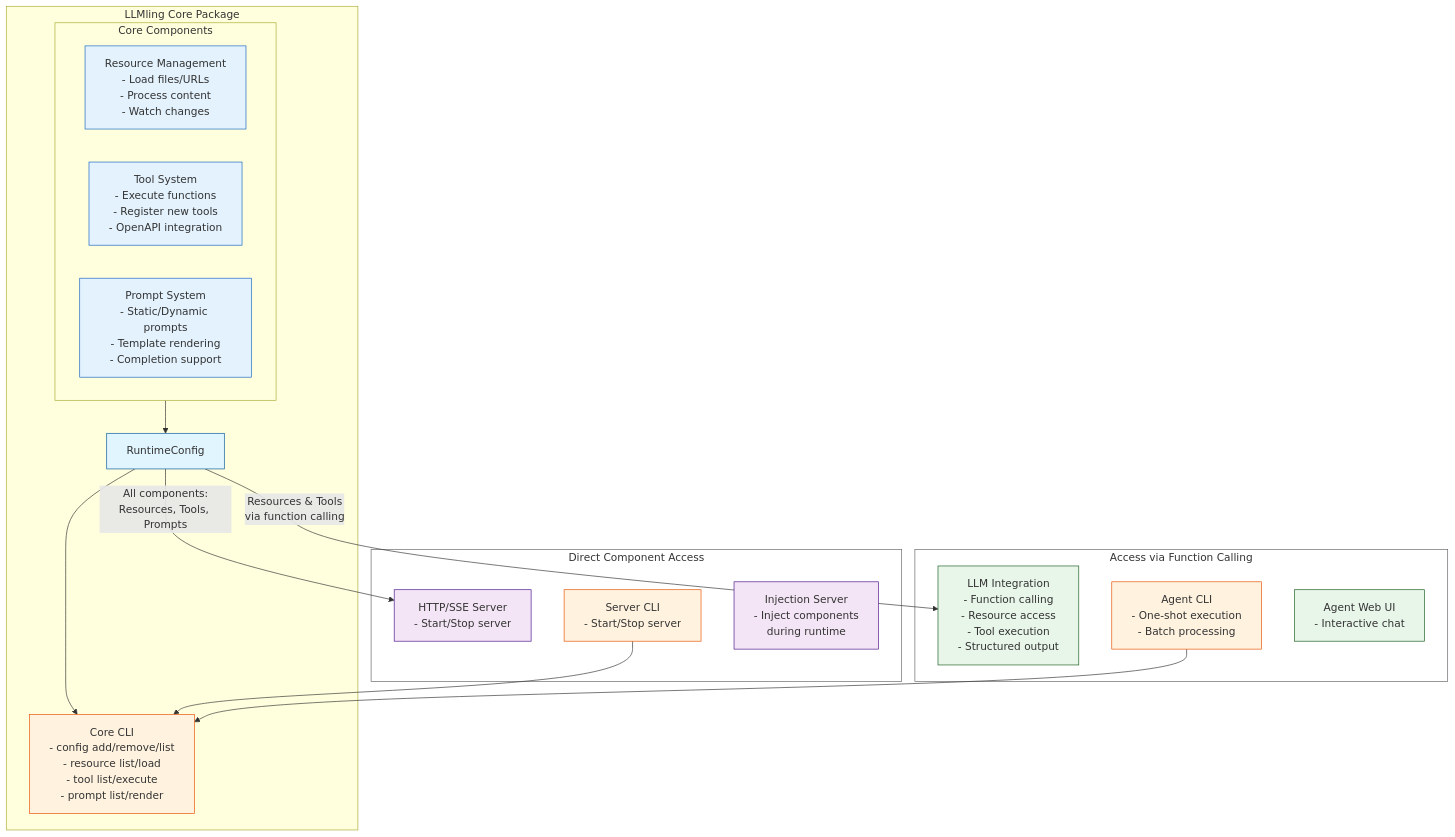
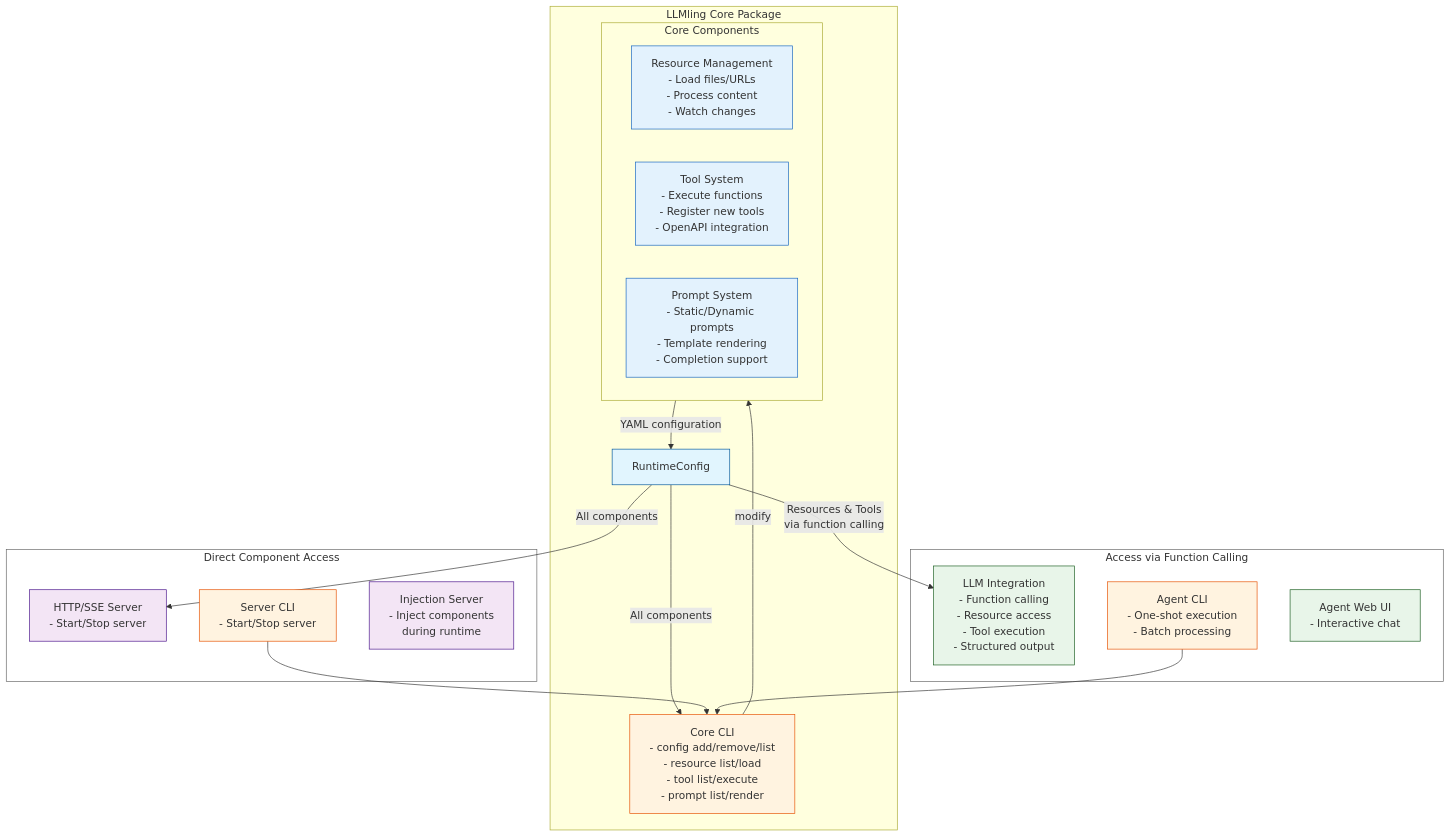
One commit to phil65/LLMling changed the diagram in README.md. Above: the diagram before and after it, drawn with Mermaid.

````diff
--- a/README.md
+++ b/README.md
@@ -53,48 +53,49 @@
 ```mermaid
 graph TB
     subgraph LLMling[LLMling Core Package]
         RT[RuntimeConfig]
 
         subgraph Core_Components[Core Components]
             Resources[Resource Management<br/>- Load files/URLs<br/>- Process content<br/>- Watch changes]
             Tools[Tool System<br/>- Execute functions<br/>- Register new tools<br/>- OpenAPI integration]
             Prompts[Prompt System<br/>- Static/Dynamic prompts<br/>- Template rendering<br/>- Completion support]
         end
 
         CLI[Core CLI<br/>- config add/remove/list<br/>- resource list/load<br/>- tool list/execute<br/>- prompt list/render]
 
-        Core_Components --> RT
-        RT --> CLI
+        Core_Components -->|YAML configuration| RT
+        RT -->|All components| CLI
+        CLI -->|modify| Core_Components
     end
 
     subgraph Direct_Access[Direct Component Access]
         MCP[HTTP/SSE Server<br/>- Start/Stop server]
         MCP_CLI[Server CLI<br/>- Start/Stop server]
         Injection[Injection Server<br/>- Inject components<br/>during runtime]
     end
 
     subgraph Function_Access[Access via Function Calling]
         LLM[LLM Integration<br/>- Function calling<br/>- Resource access<br/>- Tool execution<br/>- Structured output]
         Agent_CLI[Agent CLI<br/>- One-shot execution<br/>- Batch processing]
         Agent_Web[Agent Web UI<br/>- Interactive chat]
     end
 
-    RT -->|All components:<br/>Resources, Tools, Prompts| MCP
+    RT -->|All components| MCP
     RT -->|Resources & Tools<br/>via function calling| LLM
     MCP_CLI --> CLI
     Agent_CLI --> CLI
 
     classDef core fill:#e1f5fe,stroke:#01579b
     classDef comp fill:#e3f2fd,stroke:#1565c0
     classDef cli fill:#fff3e0,stroke:#e65100
     classDef mcp fill:#f3e5f5,stroke:#4a148c
     classDef agent fill:#e8f5e9,stroke:#1b5e20
     classDef access fill:#fff,stroke:#666
 
     class RT core
     class Resources,Tools,Prompts comp
     class CLI,MCP_CLI,Agent_CLI cli
     class MCP,Injection mcp
     class LLM,Agent_Web agent
     class Direct_Access,Function_Access access
 ```
````
